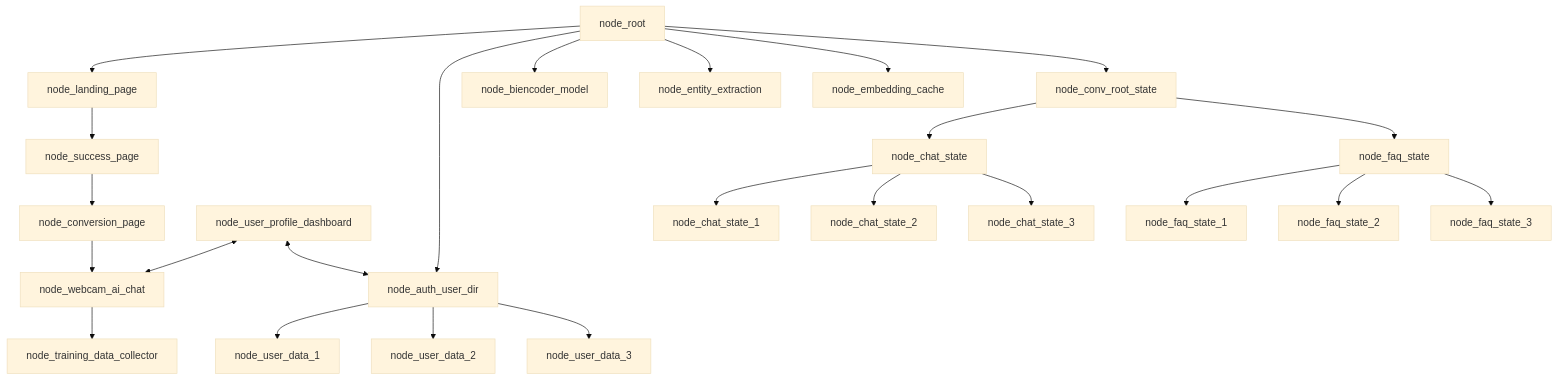
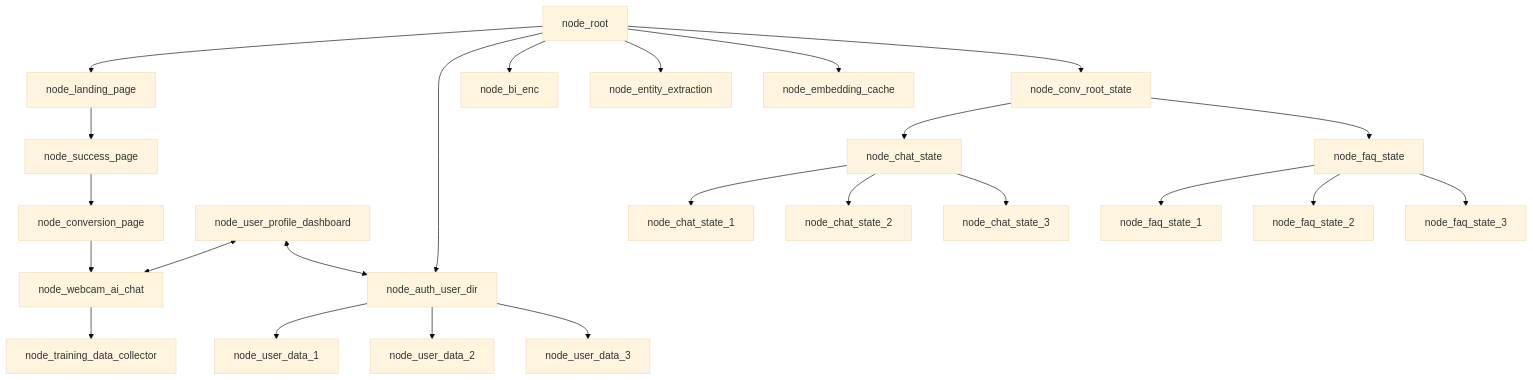
One commit to WrappedUsername/doggy-decoder-jac changed the first of 2 diagrams in README.md. Above: the diagram before and after it, drawn with Mermaid (base theme). The commit also changed 2 other files, not shown here.

Commit message:
Configuring files - Keefe

````diff
--- a/README.md
+++ b/README.md
@@ -37,26 +37,26 @@
 ```mermaid
 graph TD;
     node_root-->node_landing_page
     node_landing_page-->node_success_page
     node_success_page-->node_conversion_page
     node_conversion_page-->node_webcam_ai_chat
     node_user_profile_dashboard<-->node_webcam_ai_chat
     node_webcam_ai_chat-->node_training_data_collector
     node_root-->node_auth_user_dir
-    node_root-->node_biencoder_model
+    node_root-->node_bi_enc
     node_root-->node_entity_extraction
     node_root-->node_embedding_cache
     node_root-->node_conv_root_state
     node_conv_root_state-->node_chat_state
     node_chat_state-->node_chat_state_1
     node_chat_state-->node_chat_state_2
     node_chat_state-->node_chat_state_3
     node_conv_root_state-->node_faq_state
     node_faq_state-->node_faq_state_1
     node_faq_state-->node_faq_state_2
     node_faq_state-->node_faq_state_3
     node_auth_user_dir-->node_user_data_1
     node_auth_user_dir-->node_user_data_2
     node_auth_user_dir-->node_user_data_3
     node_user_profile_dashboard<-->node_auth_user_dir
 ```
````
